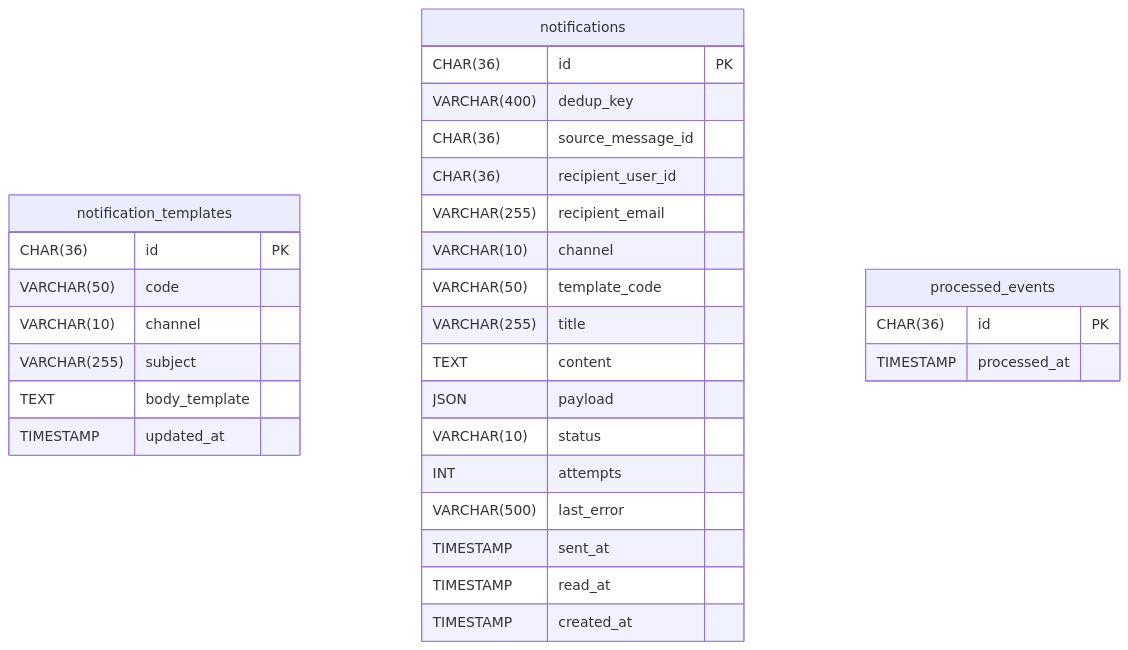
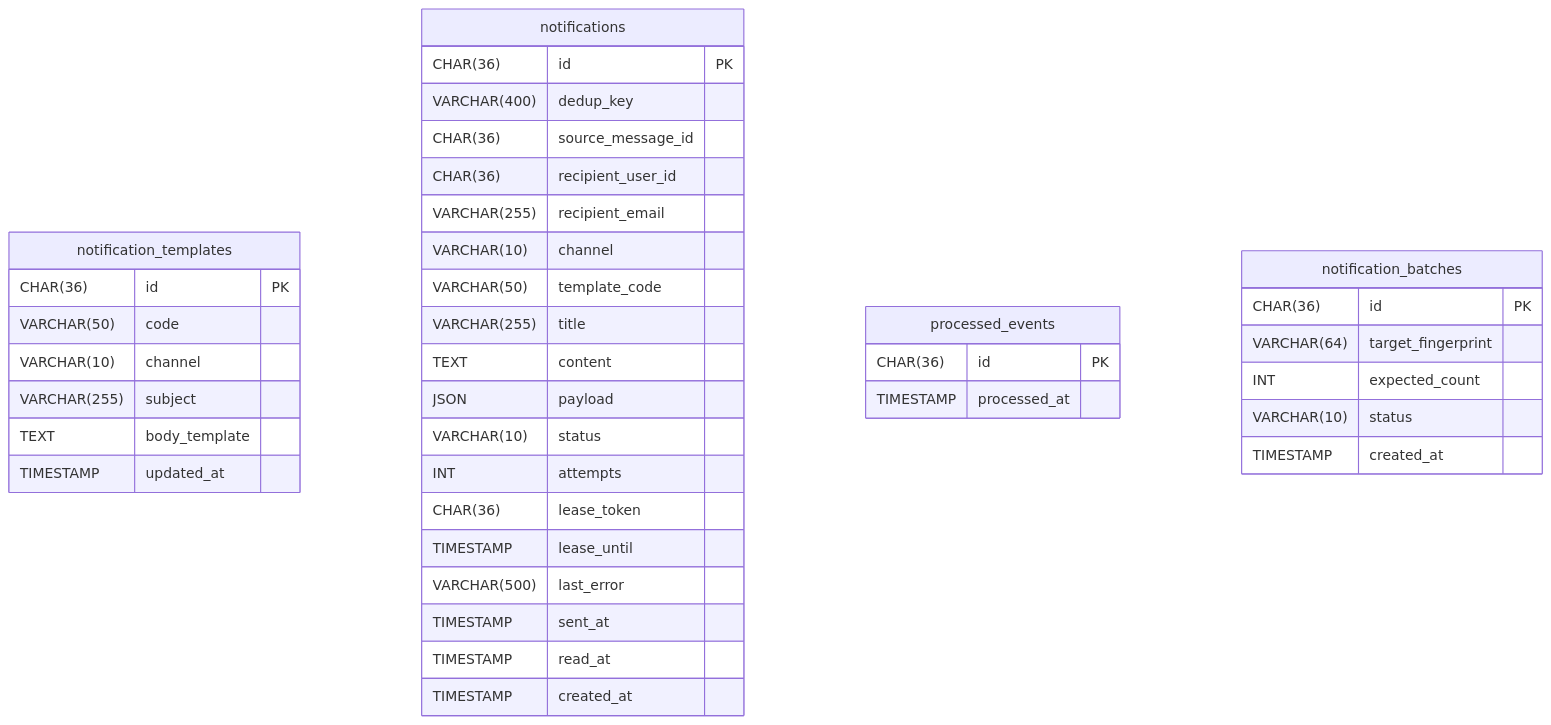
The diagram in docs/database/notification-service/erd.md (duymk123/EventHub), drawn with Mermaid before and after one commit. The commit also changed 146 other files, not shown here.

````diff
--- a/docs/database/notification-service/erd.md
+++ b/docs/database/notification-service/erd.md
@@ -9,33 +9,42 @@
 ```mermaid
 erDiagram
   notification_templates {
     CHAR(36) id PK
     VARCHAR(50) code
     VARCHAR(10) channel
     VARCHAR(255) subject
     TEXT body_template
     TIMESTAMP updated_at
   }
   notifications {
     CHAR(36) id PK
     VARCHAR(400) dedup_key
     CHAR(36) source_message_id
     CHAR(36) recipient_user_id
     VARCHAR(255) recipient_email
     VARCHAR(10) channel
     VARCHAR(50) template_code
     VARCHAR(255) title
     TEXT content
     JSON payload
     VARCHAR(10) status
     INT attempts
+    CHAR(36) lease_token
+    TIMESTAMP lease_until
     VARCHAR(500) last_error
     TIMESTAMP sent_at
     TIMESTAMP read_at
     TIMESTAMP created_at
   }
   processed_events {
     CHAR(36) id PK
     TIMESTAMP processed_at
   }
+  notification_batches {
+    CHAR(36) id PK
+    VARCHAR(64) target_fingerprint
+    INT expected_count
+    VARCHAR(10) status
+    TIMESTAMP created_at
+  }
 ```
````
